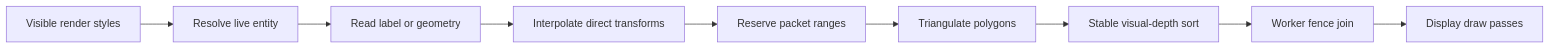
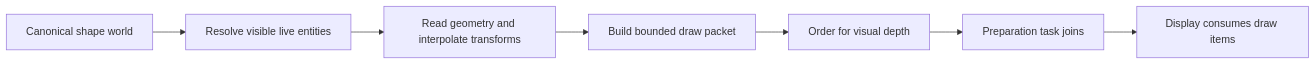
One commit to derekshoneycutt/Euclid changed the third of 4 diagrams in docs/wiki/Guides/ShapeSystem.md. Above: the diagram before and after it, drawn with Mermaid. The commit also changed other lines of this file and 11 other files, not shown here.

````diff
--- a/docs/wiki/Guides/ShapeSystem.md
+++ b/docs/wiki/Guides/ShapeSystem.md
@@ -331,11 +195,9 @@
 ```mermaid
 flowchart LR
-    S[Visible render styles] --> R[Resolve live entity]
-    R --> C[Read label or geometry]
-    C --> I[Interpolate direct transforms]
-    I --> P[Reserve packet ranges]
-    P --> T[Triangulate polygons]
-    T --> O[Stable visual-depth sort]
-    O --> J[Worker fence join]
-    J --> D[Display draw passes]
+    World[Canonical shape world] --> Visible[Resolve visible live entities]
+    Visible --> Geometry[Read geometry and interpolate transforms]
+    Geometry --> Packet[Build bounded draw packet]
+    Packet --> Sort[Order for visual depth]
+    Sort --> Fence[Preparation task joins]
+    Fence --> Display[Display consumes draw items]
 ```
````
